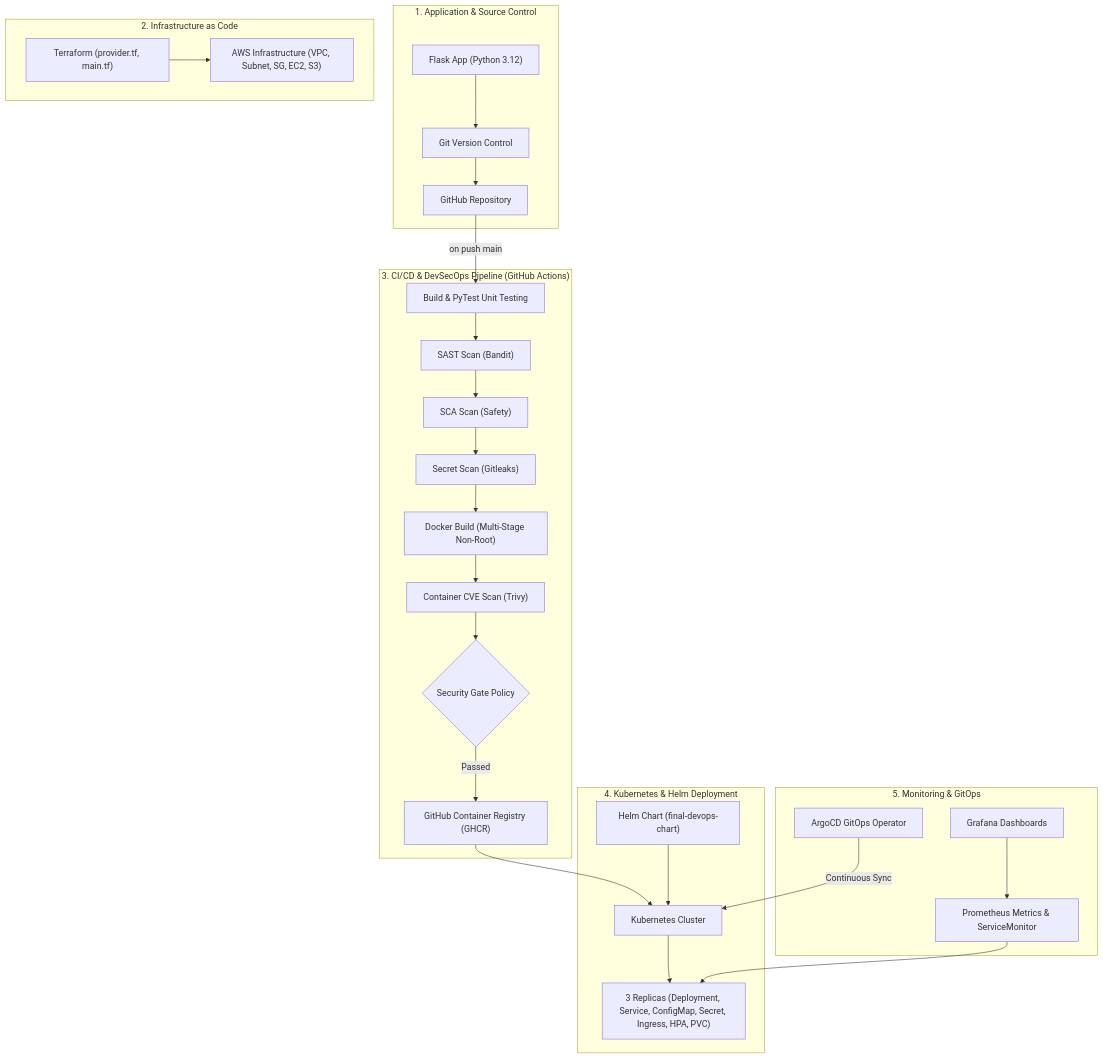
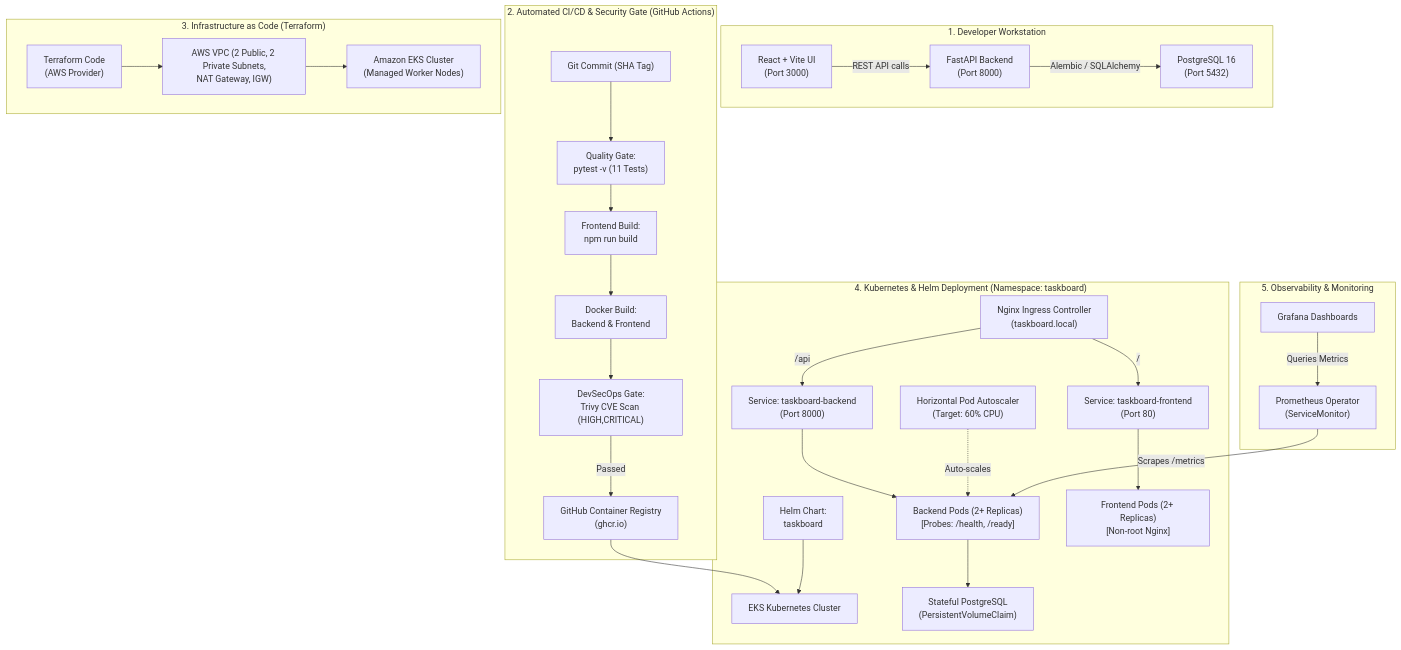
Before and after one commit to Ctrl-apk/devops-heros: the diagram in final-devops-project/README.md, drawn with Mermaid. The commit also changed other lines of this file and 104 other files, not shown here.

Commit message:
Complete Session 21 TaskBoard DevOps capstone implementation (FastAPI, React, PostgreSQL, EKS Terraform, Helm, CI/CD, DevSecOps Trivy, Observability)

````diff
--- a/final-devops-project/README.md
+++ b/final-devops-project/README.md
@@ -18,34 +15,39 @@
 ```mermaid
 flowchart TD
-    subgraph Dev ["1. Application & Source Control"]
-        Code["Flask App (Python 3.12)"] --> Git["Git Version Control"]
-        Git --> GitHub["GitHub Repository"]
+    subgraph Dev ["1. Developer Workstation"]
+        React["React + Vite UI\n(Port 3000)"]
+        FastAPI["FastAPI Backend\n(Port 8000)"]
+        Postgres["PostgreSQL 16\n(Port 5432)"]
+        React -->|REST API calls| FastAPI
+        FastAPI -->|Alembic / SQLAlchemy| Postgres
     end
 
-    subgraph IaC ["2. Infrastructure as Code"]
-        TF["Terraform (provider.tf, main.tf)"] --> AWS["AWS Infrastructure (VPC, Subnet, SG, EC2, S3)"]
+    subgraph CI ["2. Automated CI/CD & Security Gate (GitHub Actions)"]
+        Git["Git Commit (SHA Tag)"] --> PyTest["Quality Gate:\npytest -v (11 Tests)"]
+        PyTest --> ViteBuild["Frontend Build:\nnpm run build"]
+        ViteBuild --> DockerBuild["Docker Build:\nBackend & Frontend"]
+        DockerBuild --> Trivy["DevSecOps Gate:\nTrivy CVE Scan (HIGH,CRITICAL)"]
+        Trivy -->|Passed| GHCR["GitHub Container Registry\n(ghcr.io)"]
     end
 
-    subgraph Pipeline ["3. CI/CD & DevSecOps Pipeline (GitHub Actions)"]
-        GitHub -->|on push main| CI["Build & PyTest Unit Testing"]
-        CI --> SAST["SAST Scan (Bandit)"]
-        SAST --> SCA["SCA Scan (Safety)"]
-        SCA --> SecretScan["Secret Scan (Gitleaks)"]
-        SecretScan --> DockerBuild["Docker Build (Multi-Stage Non-Root)"]
-        DockerBuild --> Trivy["Container CVE Scan (Trivy)"]
-        Trivy --> Gate{"Security Gate Policy"}
-        Gate -->|Passed| Registry["GitHub Container Registry (GHCR)"]
+    subgraph IaC ["3. Infrastructure as Code (Terraform)"]
+        TF["Terraform Code\n(AWS Provider)"] --> VPC["AWS VPC (2 Public, 2 Private Subnets,\nNAT Gateway, IGW)"]
+        VPC --> EKS["Amazon EKS Cluster\n(Managed Worker Nodes)"]
     end
 
-    subgraph Deploy ["4. Kubernetes & Helm Deployment"]
-        Registry --> K8sCluster["Kubernetes Cluster"]
-        Helm["Helm Chart (final-devops-chart)"] --> K8sCluster
-        K8sCluster --> Pods["3 Replicas (Deployment, Service, ConfigMap, Secret, Ingress, HPA, PVC)"]
+    subgraph K8s ["4. Kubernetes & Helm Deployment (Namespace: taskboard)"]
+        GHCR --> K8sCluster["EKS Kubernetes Cluster"]
+        Helm["Helm Chart:\ntaskboard"] --> K8sCluster
+        Ingress["Nginx Ingress Controller\n(taskboard.local)"] -->|/api| SvcBackend["Service: taskboard-backend\n(Port 8000)"]
+        Ingress -->|/| SvcFrontend["Service: taskboard-frontend\n(Port 80)"]
+        SvcBackend --> PodsBackend["Backend Pods (2+ Replicas)\n[Probes: /health, /ready]"]
+        SvcFrontend --> PodsFrontend["Frontend Pods (2+ Replicas)\n[Non-root Nginx]"]
+        PodsBackend --> PostgresK8s["Stateful PostgreSQL\n(PersistentVolumeClaim)"]
+        HPA["Horizontal Pod Autoscaler\n(Target: 60% CPU)"] -.->|Auto-scales| PodsBackend
     end
 
-    subgraph Observability ["5. Monitoring & GitOps"]
-        ArgoCD["ArgoCD GitOps Operator"] -->|Continuous Sync| K8sCluster
-        Prometheus["Prometheus Metrics & ServiceMonitor"] --> Pods
-        Grafana["Grafana Dashboards"] --> Prometheus
+    subgraph Observability ["5. Observability & Monitoring"]
+        Prometheus["Prometheus Operator\n(ServiceMonitor)"] -->|Scrapes /metrics| PodsBackend
+        Grafana["Grafana Dashboards"] -->|Queries Metrics| Prometheus
     end
 ```
````
